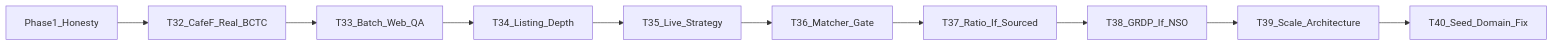
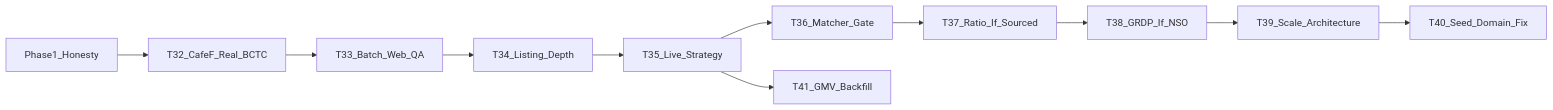
The diagram in .scratch/epic3-phase2-plan.md (thanhhale288/data-economy), drawn with Mermaid before and after one commit. The commit also changed other lines of this file and 15 other files, not shown here.

````diff
--- a/.scratch/epic3-phase2-plan.md
+++ b/.scratch/epic3-phase2-plan.md
@@ -9,14 +9,16 @@
 ```mermaid
 flowchart LR
   P1[Phase1_Honesty]
   T32[T32_CafeF_Real_BCTC]
   T33[T33_Batch_Web_QA]
   T34[T34_Listing_Depth]
   T35[T35_Live_Strategy]
   T36[T36_Matcher_Gate]
   T37[T37_Ratio_If_Sourced]
   T38[T38_GRDP_If_NSO]
   T39[T39_Scale_Architecture]
   T40[T40_Seed_Domain_Fix]
+  T41[T41_GMV_Backfill]
   P1 --> T32 --> T33 --> T34 --> T35 --> T36 --> T37 --> T38 --> T39 --> T40
+  T35 --> T41
 ```
````
